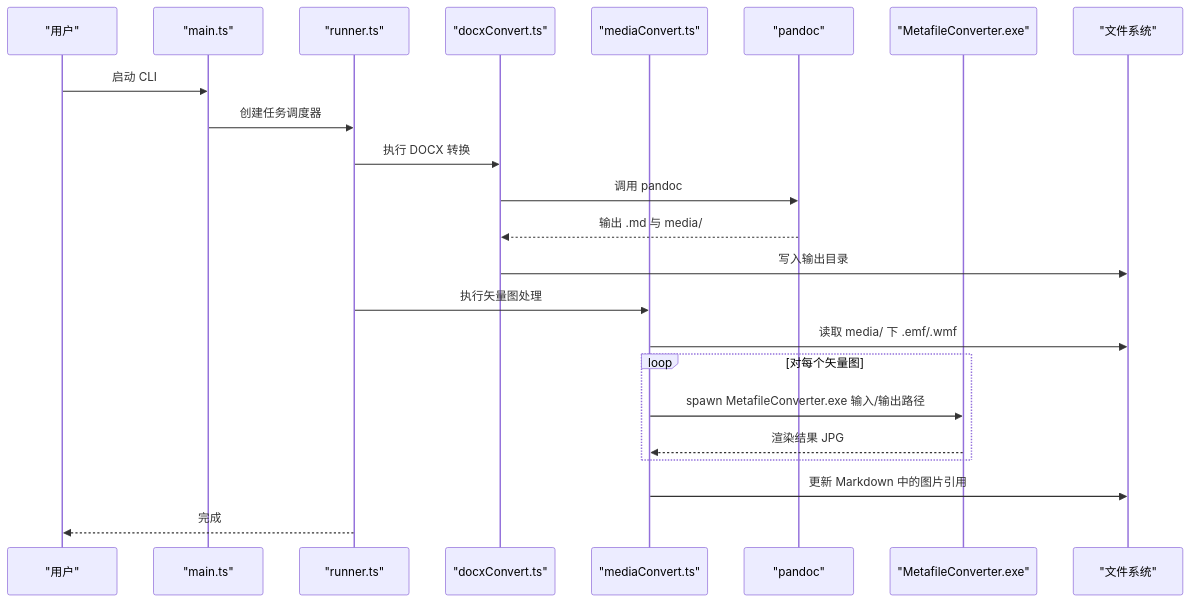
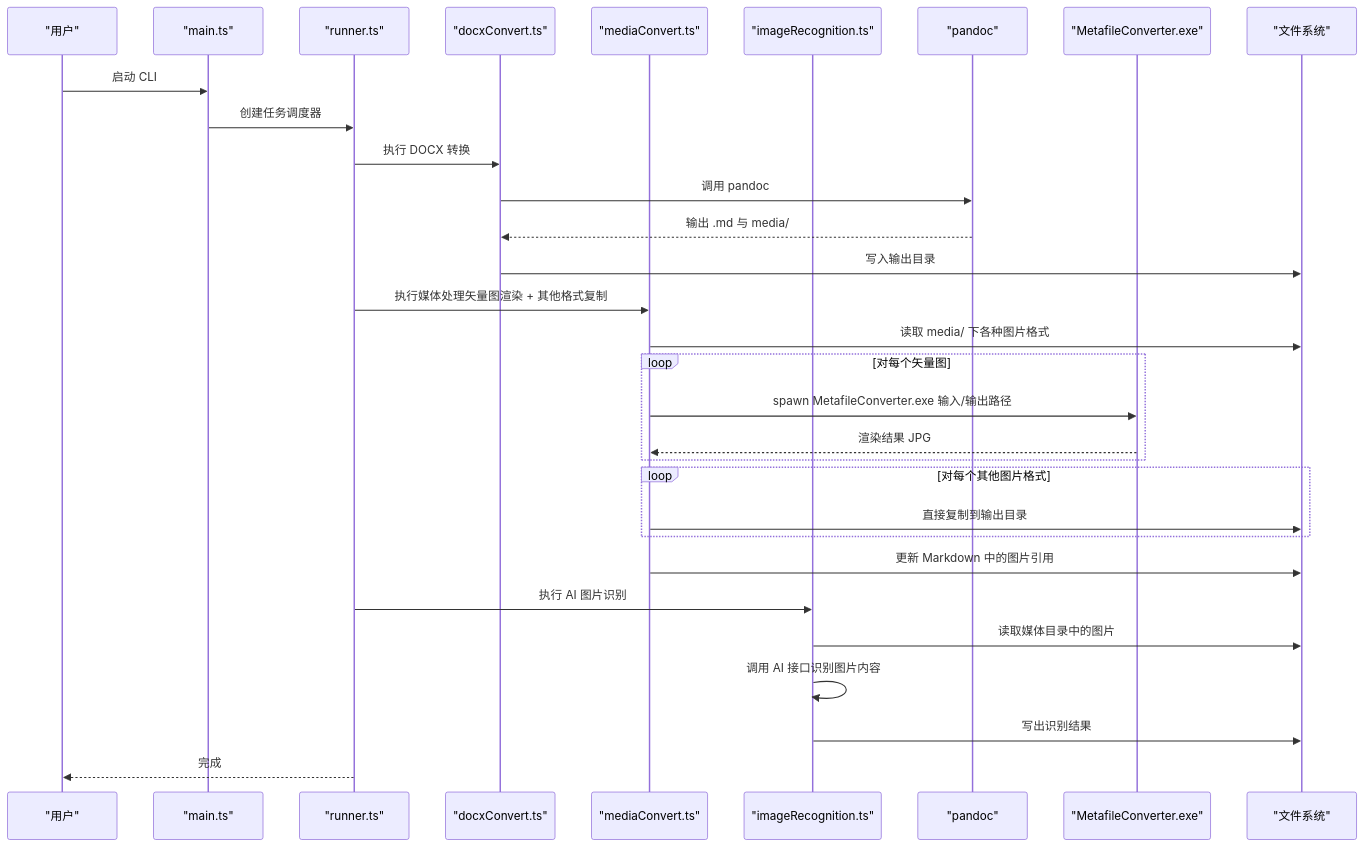
The second of 9 diagrams in .qoder/repowiki/zh/content/转换模块详解/矢量图处理模块.md (hllshiro/doc2md-cli), drawn with Mermaid before and after one commit. The commit also changed other lines of this file and 6 other files, not shown here.

First line of the commit message:
feat(media): 扩展媒体处理支持多格式及AI图片识别

````diff
--- a/.qoder/repowiki/zh/content/转换模块详解/矢量图处理模块.md
+++ b/.qoder/repowiki/zh/content/转换模块详解/矢量图处理模块.md
@@ -121,25 +138,33 @@
 ```mermaid
 sequenceDiagram
 participant U as "用户"
 participant M as "main.ts"
 participant R as "runner.ts"
 participant D as "docxConvert.ts"
 participant MC as "mediaConvert.ts"
+participant AI as "imageRecognition.ts"
 participant P as "pandoc"
 participant C as "MetafileConverter.exe"
 participant F as "文件系统"
 U->>M : 启动 CLI
 M->>R : 创建任务调度器
 R->>D : 执行 DOCX 转换
 D->>P : 调用 pandoc
 P-->>D : 输出 .md 与 media/
 D->>F : 写入输出目录
-R->>MC : 执行矢量图处理
-MC->>F : 读取 media/ 下 .emf/.wmf
+R->>MC : 执行媒体处理矢量图渲染 + 其他格式复制
+MC->>F : 读取 media/ 下各种图片格式
 loop 对每个矢量图
 MC->>C : spawn MetafileConverter.exe 输入/输出路径
 C-->>MC : 渲染结果 JPG
 end
+loop 对每个其他图片格式
+MC->>F : 直接复制到输出目录
+end
 MC->>F : 更新 Markdown 中的图片引用
+R->>AI : 执行 AI 图片识别
+AI->>F : 读取媒体目录中的图片
+AI->>AI : 调用 AI 接口识别图片内容
+AI->>F : 写出识别结果
 R-->>U : 完成
 ```
````
